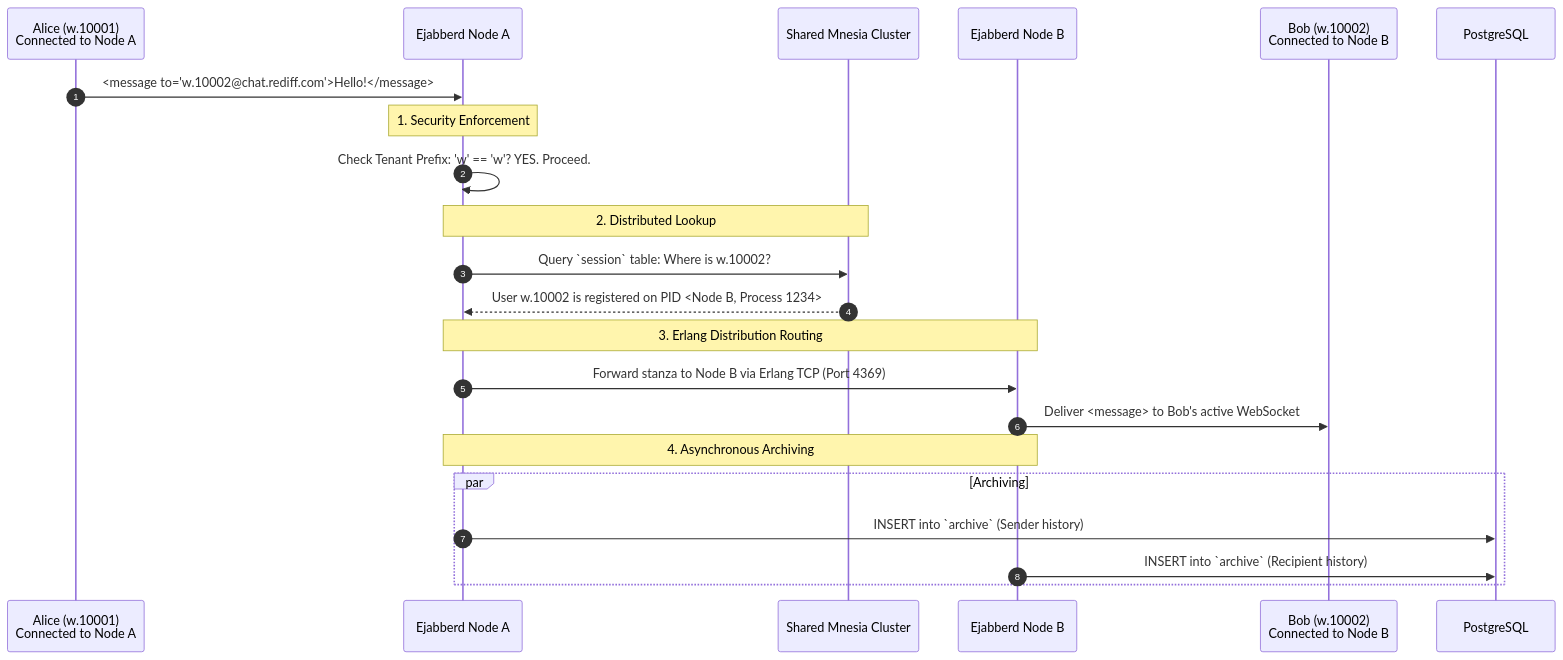
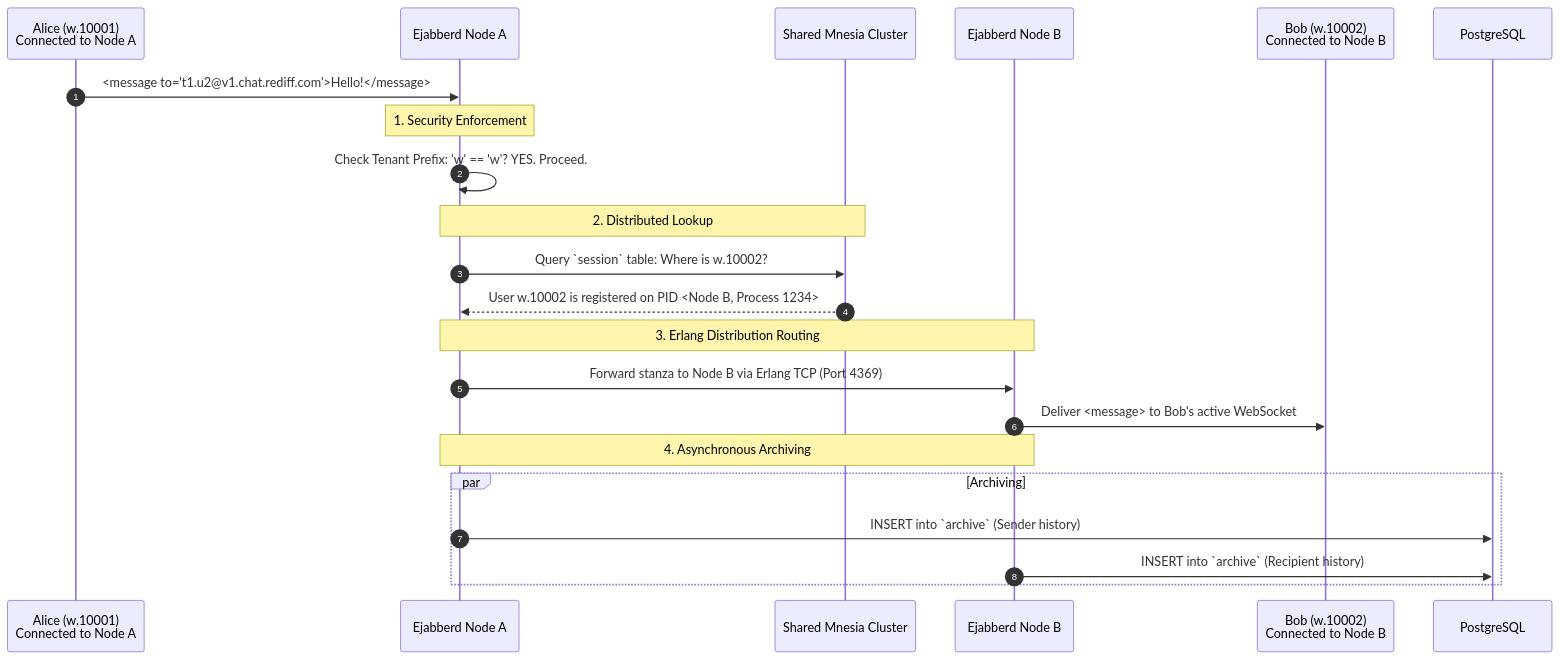
The second of 4 diagrams in docs/02_working_flow.md (abhiramnagaraj-arch/rediff-chat), drawn with Mermaid before and after one commit. The commit also changed other lines of this file and 1495 other files, not shown here.

````diff
--- a/docs/02_working_flow.md
+++ b/docs/02_working_flow.md
@@ -55,29 +55,29 @@
 ```mermaid
 sequenceDiagram
     autonumber
     participant Alice as Alice (w.10001)<br/>Connected to Node A
     participant NodeA as Ejabberd Node A
     participant Mnesia as Shared Mnesia Cluster
     participant NodeB as Ejabberd Node B
     participant Bob as Bob (w.10002)<br/>Connected to Node B
 
-    Alice->>NodeA: <message to='w.10002@chat.rediff.com'>Hello!</message>
+    Alice->>NodeA: <message to='t1.u2@v1.chat.rediff.com'>Hello!</message>
     
     Note over NodeA: 1. Security Enforcement
     NodeA->>NodeA: Check Tenant Prefix: 'w' == 'w'? YES. Proceed.
     
     Note over NodeA, Mnesia: 2. Distributed Lookup
     NodeA->>Mnesia: Query `session` table: Where is w.10002?
     Mnesia-->>NodeA: User w.10002 is registered on PID <Node B, Process 1234>
     
     Note over NodeA, NodeB: 3. Erlang Distribution Routing
     NodeA->>NodeB: Forward stanza to Node B via Erlang TCP (Port 4369)
     
     NodeB->>Bob: Deliver <message> to Bob's active WebSocket
     
     Note over NodeA, NodeB: 4. Asynchronous Archiving
     par Archiving
         NodeA->>PostgreSQL: INSERT into `archive` (Sender history)
         NodeB->>PostgreSQL: INSERT into `archive` (Recipient history)
     end
 ```
````
